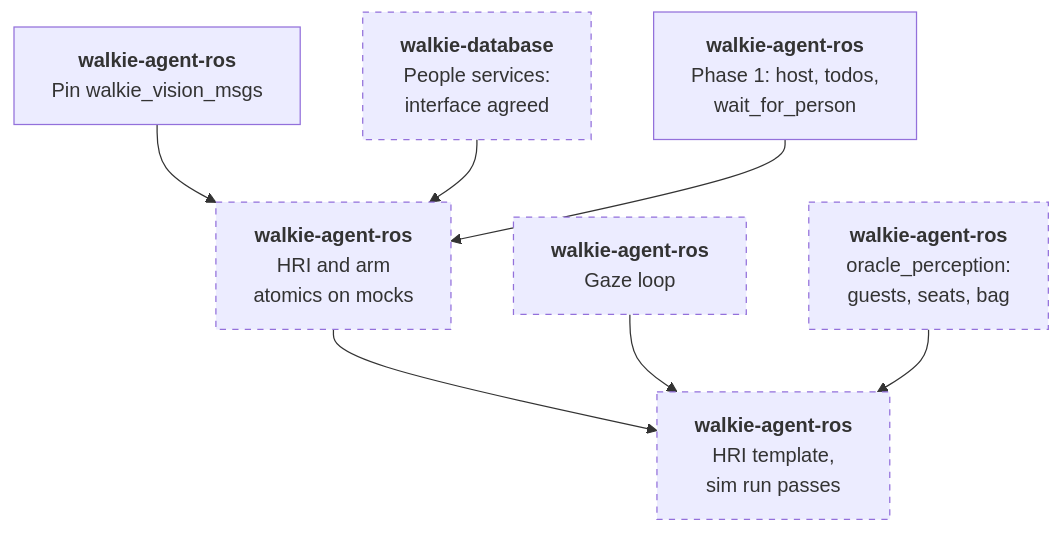
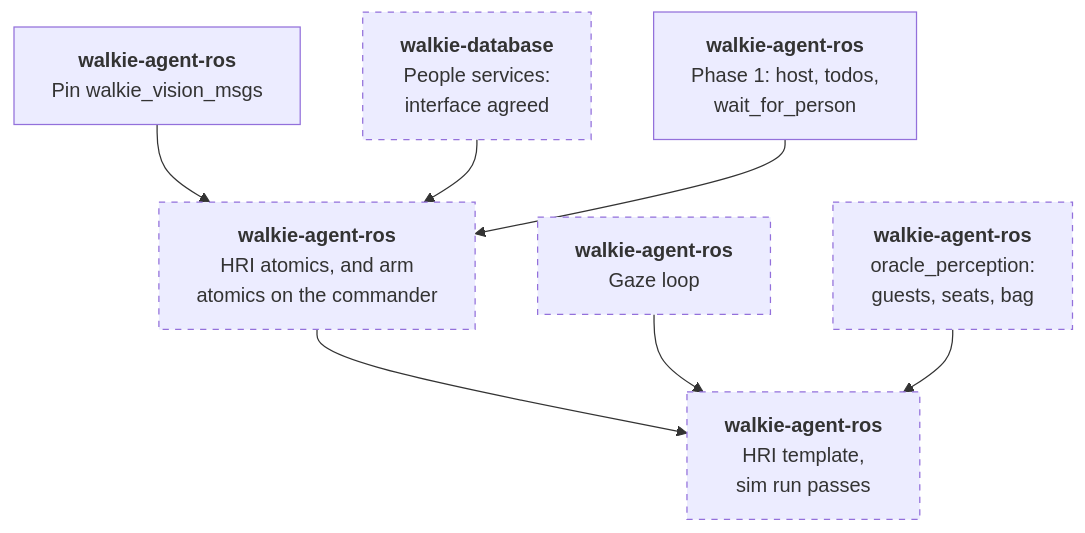
Before and after one commit to EIC-Robocup-2026/walkie-agent-ros: the third of 4 diagrams in docs/architecture/hri.md, drawn with Mermaid. The commit also changed other lines of this file and 43 other files, not shown here.

````diff
--- a/docs/architecture/hri.md
+++ b/docs/architecture/hri.md
@@ -465,19 +471,19 @@
 ```mermaid
 flowchart TB
     di["<b>walkie-database</b><br/>People services:<br/>interface agreed"]:::proposed
     a0["<b>walkie-agent-ros</b><br/>Pin walkie_vision_msgs"]
     p1["<b>walkie-agent-ros</b><br/>Phase 1: host, todos,<br/>wait_for_person"]
-    a1["<b>walkie-agent-ros</b><br/>HRI and arm<br/>atomics on mocks"]:::proposed
+    a1["<b>walkie-agent-ros</b><br/>HRI atomics, and arm<br/>atomics on the commander"]:::proposed
     g["<b>walkie-agent-ros</b><br/>Gaze loop"]:::proposed
     s["<b>walkie-agent-ros</b><br/>oracle_perception:<br/>guests, seats, bag"]:::proposed
     t["<b>walkie-agent-ros</b><br/>HRI template,<br/>sim run passes"]:::proposed
 
     a0 --> a1
     di --> a1
     p1 --> a1
     a1 --> t
     g --> t
     s --> t
 
     classDef proposed stroke-dasharray: 5 5;
 ```
````
